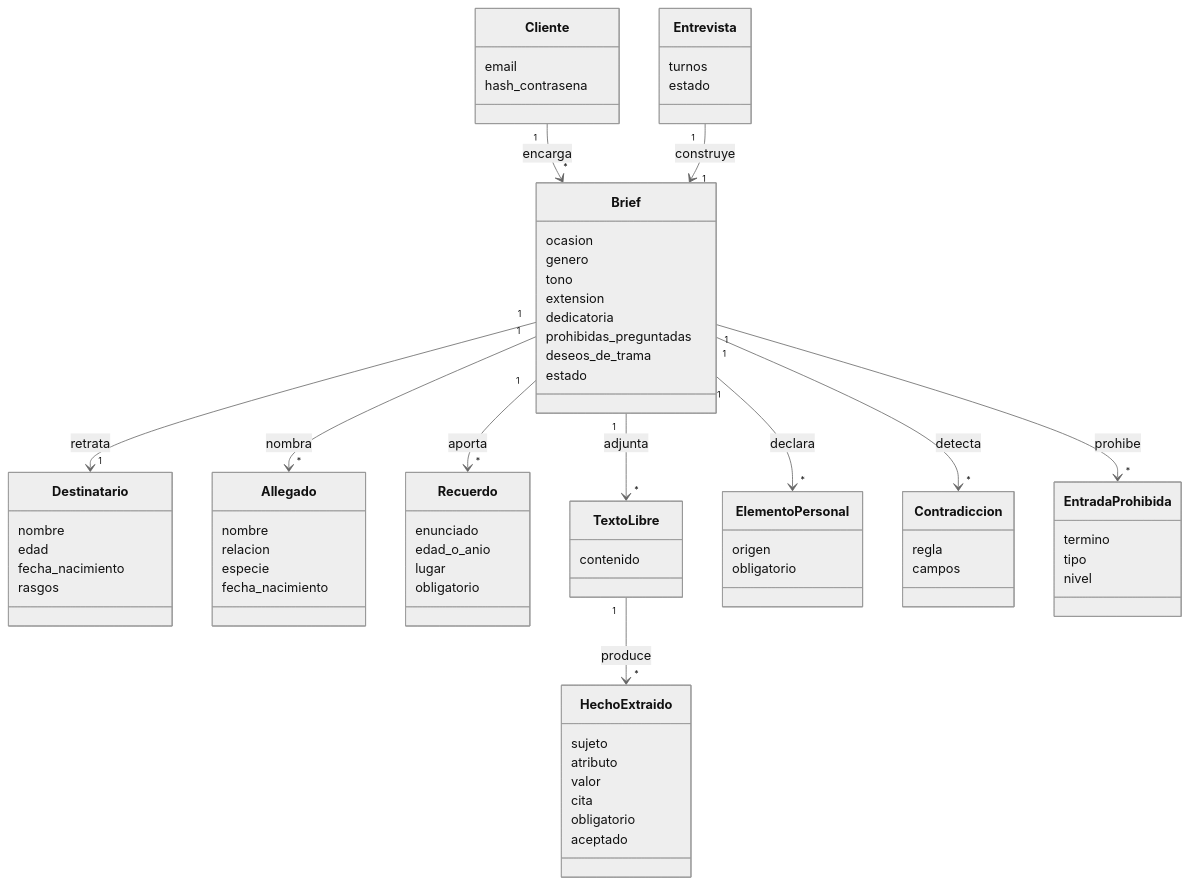
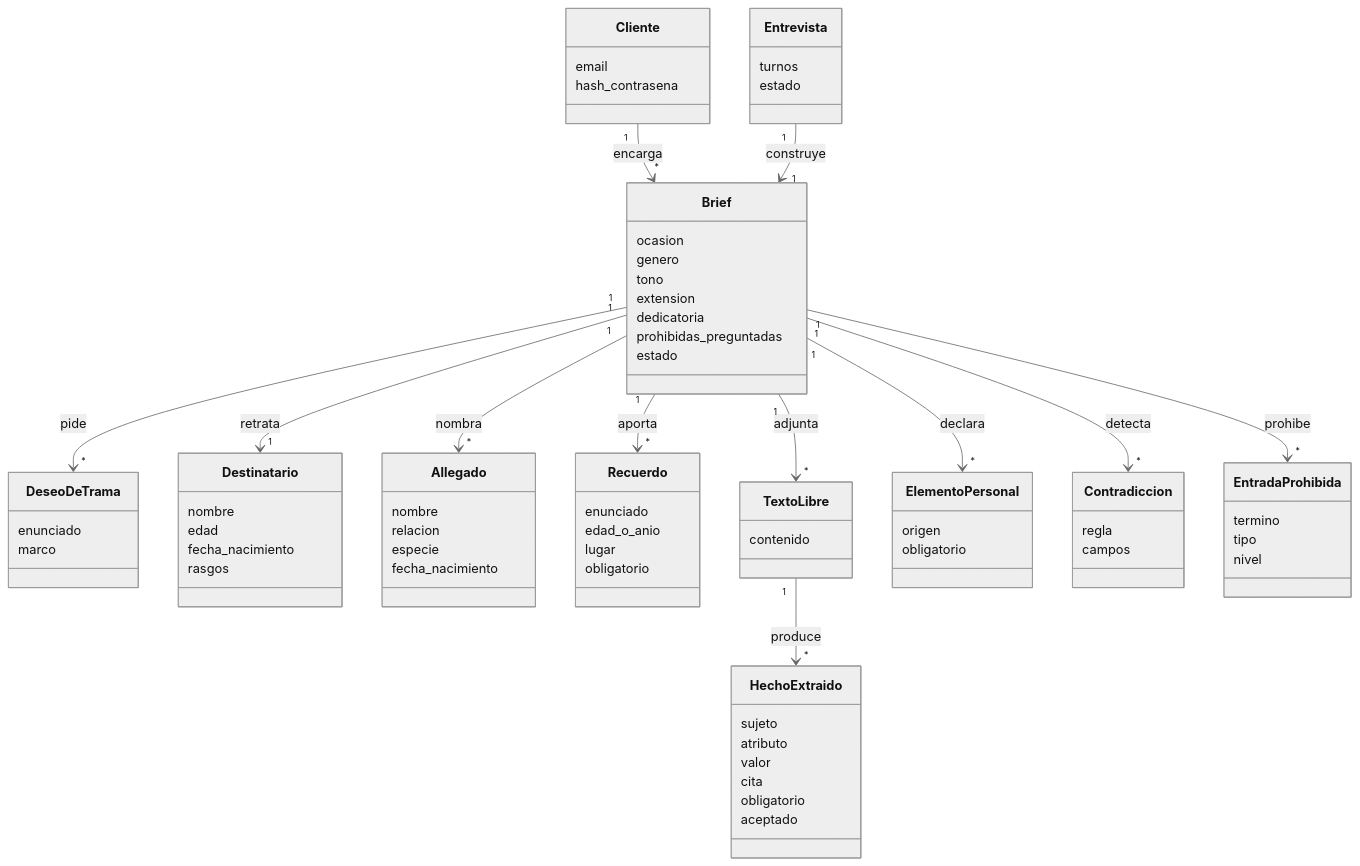
Before and after one commit to JNico-rb/story-maker: the first of 5 diagrams in docs/definitions.md, drawn with Mermaid (neutral theme). The commit also changed other lines of this file and 15 other files, not shown here.

````diff
--- a/docs/definitions.md
+++ b/docs/definitions.md
@@ -146,74 +162,78 @@
 ```mermaid
 classDiagram
     class Cliente {
         email
         hash_contrasena
     }
     class Entrevista {
         turnos
         estado
     }
     class Brief {
         ocasion
         genero
         tono
         extension
         dedicatoria
         prohibidas_preguntadas
-        deseos_de_trama
         estado
+    }
+    class DeseoDeTrama {
+        enunciado
+        marco
     }
     class Destinatario {
         nombre
         edad
         fecha_nacimiento
         rasgos
     }
     class Allegado {
         nombre
         relacion
         especie
         fecha_nacimiento
     }
     class Recuerdo {
         enunciado
         edad_o_anio
         lugar
         obligatorio
     }
     class TextoLibre {
         contenido
     }
     class HechoExtraido {
         sujeto
         atributo
         valor
         cita
         obligatorio
         aceptado
     }
     class ElementoPersonal {
         origen
         obligatorio
     }
     class Contradiccion {
         regla
         campos
     }
     class EntradaProhibida {
         termino
         tipo
         nivel
     }
 
     Cliente "1" --> "*" Brief : encarga
     Entrevista "1" --> "1" Brief : construye
     Brief "1" --> "1" Destinatario : retrata
     Brief "1" --> "*" Allegado : nombra
     Brief "1" --> "*" Recuerdo : aporta
     Brief "1" --> "*" TextoLibre : adjunta
     TextoLibre "1" --> "*" HechoExtraido : produce
     Brief "1" --> "*" ElementoPersonal : declara
     Brief "1" --> "*" Contradiccion : detecta
     Brief "1" --> "*" EntradaProhibida : prohibe
+    Brief "1" --> "*" DeseoDeTrama : pide
 ```
````
